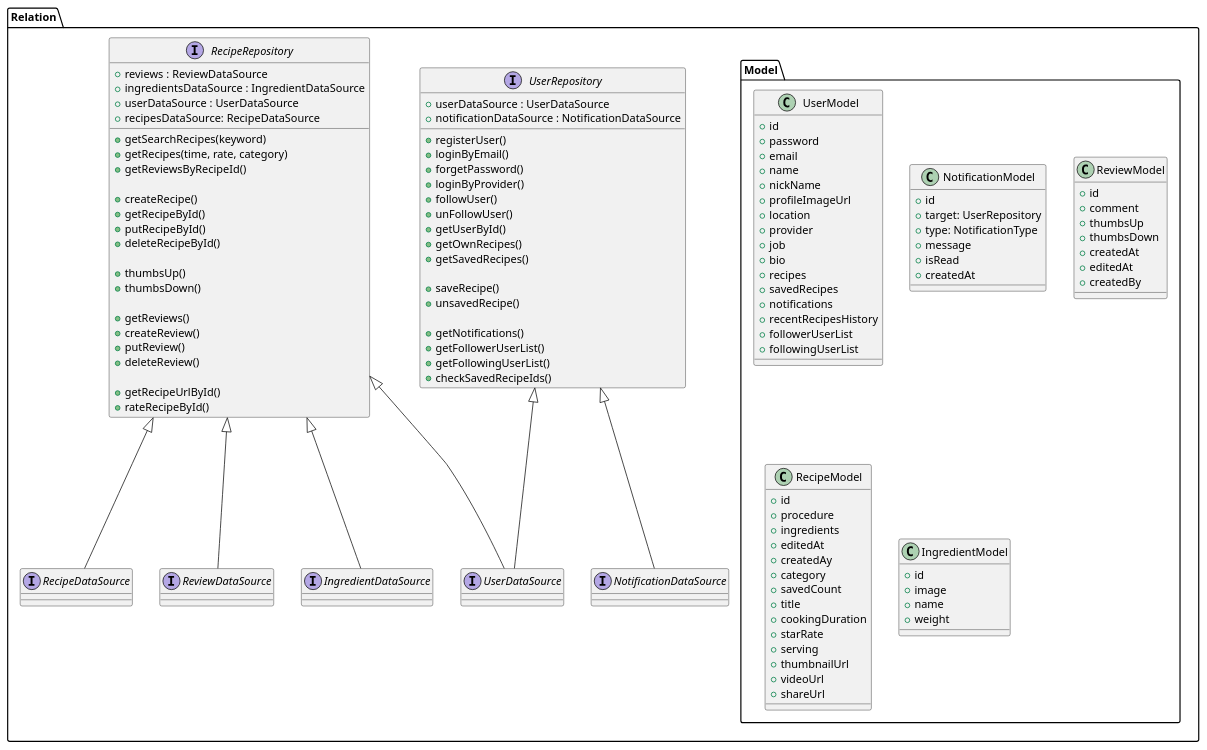
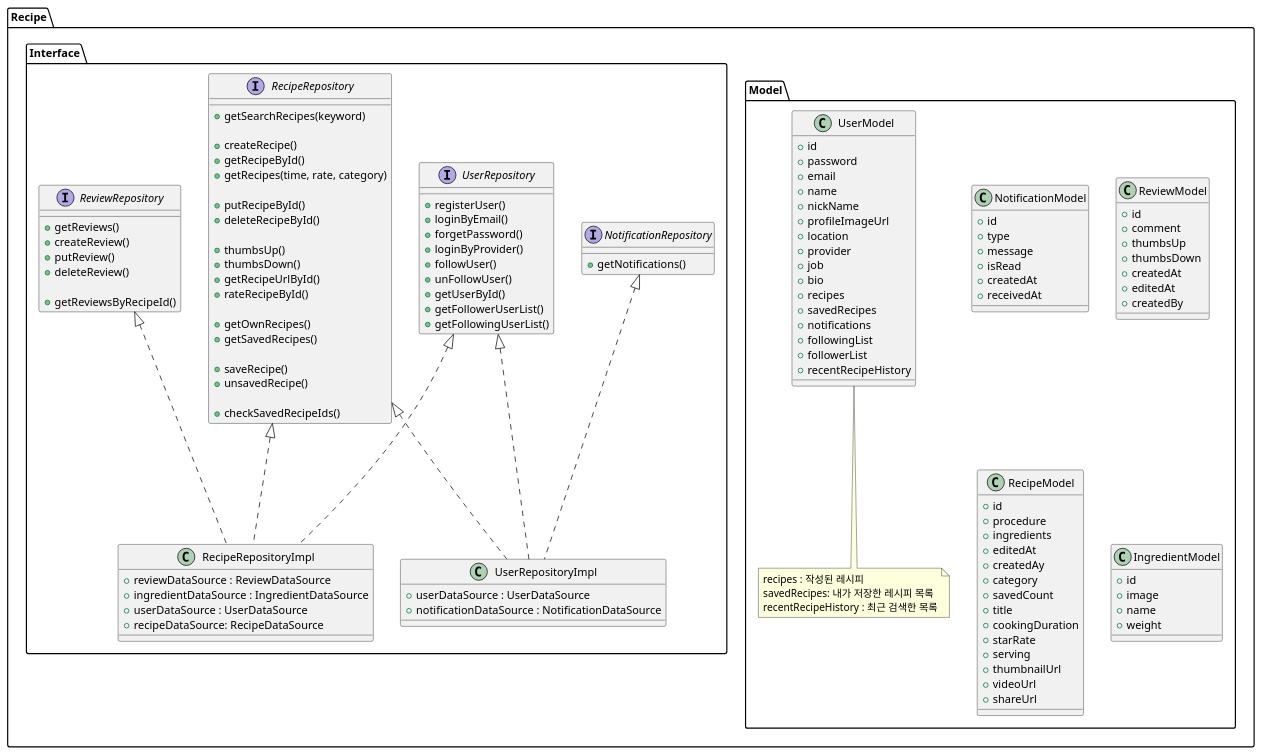
One commit to SurvivalCodingCampus/winter_kotlin_lecture changed the diagram in src/main/kotlin/day19/Food_Recipe.puml. Above: the diagram before and after it, drawn with PlantUML.

Commit message:
day19 : 디자인 패턴 과제(Food Recipe) 수정

```diff
--- a/src/main/kotlin/day19/Food_Recipe.puml
+++ b/src/main/kotlin/day19/Food_Recipe.puml
@@ -1,148 +1,155 @@
 @startuml
 
-package "Relation"{
+package "Recipe"{
 top to bottom direction
     package "Model" {
         class UserModel {
             +id
             +password
             +email
             +name
             +nickName
             +profileImageUrl
             +location
             +provider
             +job
             +bio
             +recipes
             +savedRecipes
             +notifications
-            +recentRecipesHistory
-            +followerUserList
-            +followingUserList
+            +followingList
+            +followerList
+            +recentRecipeHistory
         }
+            note bottom of UserModel
+            recipes : 작성된 레시피
+            savedRecipes: 내가 저장한 레시피 목록
+            recentRecipeHistory : 최근 검색한 목록
+            end note
 
         class NotificationModel {
             +id
-            +target: UserRepository
-            +type: NotificationType
+            +type
             +message
             +isRead
             +createdAt
+            +receivedAt
         }
         class ReviewModel {
             +id
             +comment
             +thumbsUp
             +thumbsDown
             +createdAt
             +editedAt
             +createdBy
         }
 
         class RecipeModel {
             +id
             +procedure
             +ingredients
             +editedAt
             +createdAy
             +category
             +savedCount
             +title
             +cookingDuration
             +starRate
             +serving
             +thumbnailUrl
             +videoUrl
             +shareUrl
         }
 
         class IngredientModel {
             +id
             +image
             +name
             +weight
         }
     }
 
 
-    interface UserRepository {
-        +userDataSource : UserDataSource
-        +notificationDataSource : NotificationDataSource
-        +registerUser()
-        +loginByEmail()
-        +forgetPassword()
-        +loginByProvider()
-        +followUser()
-        +unFollowUser()
-        +getUserById()
-        +getOwnRecipes()
-        +getSavedRecipes()
 
-        +saveRecipe()
-        +unsavedRecipe()
 
-        +getNotifications()
-        +getFollowerUserList()
-        +getFollowingUserList()
-        +checkSavedRecipeIds()
-    }
+    package "Interface"{
+        class UserRepositoryImpl implements UserRepository, NotificationRepository, RecipeRepository {
+            +userDataSource : UserDataSource
+            +notificationDataSource : NotificationDataSource
+        }
+
+
+        interface UserRepository {
+            +registerUser()
+            +loginByEmail()
+            +forgetPassword()
+            +loginByProvider()
+            +followUser()
+            +unFollowUser()
+            +getUserById()
+            +getFollowerUserList()
+            +getFollowingUserList()
+        }
+
+        interface NotificationRepository {
+            +getNotifications()
+        }
+
+
+        interface ReviewRepository {
+            +getReviews()
+            +createReview()
+            +putReview()
+            +deleteReview()
+
+            +getReviewsByRecipeId()
+
+        }
+
+
+
+        class RecipeRepositoryImpl implements RecipeRepository, ReviewRepository, UserRepository {
+            +reviewDataSource : ReviewDataSource
+            +ingredientDataSource : IngredientDataSource
+            +userDataSource : UserDataSource
+            +recipeDataSource: RecipeDataSource
+        }
 
 
 
 
 
 
 
 
+        interface RecipeRepository {
 
-    interface RecipeRepository {
-        +reviews : ReviewDataSource
-        +ingredientsDataSource : IngredientDataSource
-        +userDataSource : UserDataSource
-        +recipesDataSource: RecipeDataSource
+            +getSearchRecipes(keyword)
 
-        +getSearchRecipes(keyword)
-        +getRecipes(time, rate, category)
-        +getReviewsByRecipeId()
+            +createRecipe()
+            +getRecipeById()
+            +getRecipes(time, rate, category)
 
-        +createRecipe()
-        +getRecipeById()
-        +putRecipeById()
-        +deleteRecipeById()
+            +putRecipeById()
+            +deleteRecipeById()
 
-        +thumbsUp()
-        +thumbsDown()
-
-        +getReviews()
-        +createReview()
-        +putReview()
-        +deleteReview()
-
-        +getRecipeUrlById()
-        +rateRecipeById()
-    }
-
-    interface RecipeDataSource implements RecipeRepository {
-    }
-
-    interface ReviewDataSource implements RecipeRepository {
-    }
-
-    interface IngredientDataSource implements RecipeRepository {
-    }
-
-    interface NotificationDataSource implements UserRepository{
-    }
-
-    interface UserDataSource implements UserRepository {
-    }
-
-    interface UserDataSource implements RecipeRepository {
-    }
+            +thumbsUp()
+            +thumbsDown()
 
 
+            +getRecipeUrlById()
+            +rateRecipeById()
 
+            +getOwnRecipes()
+            +getSavedRecipes()
+
+            +saveRecipe()
+            +unsavedRecipe()
+
+            +checkSavedRecipeIds()
+        }
+    }
 }
 
 @enduml
```
